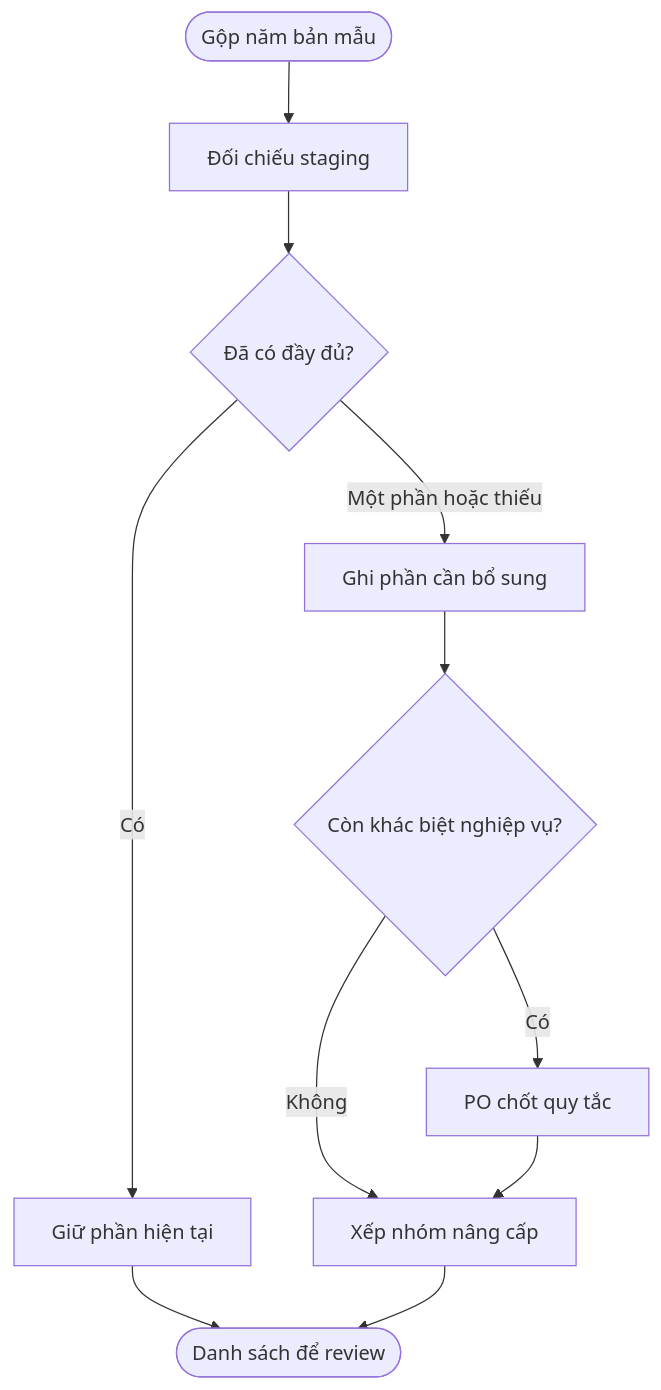
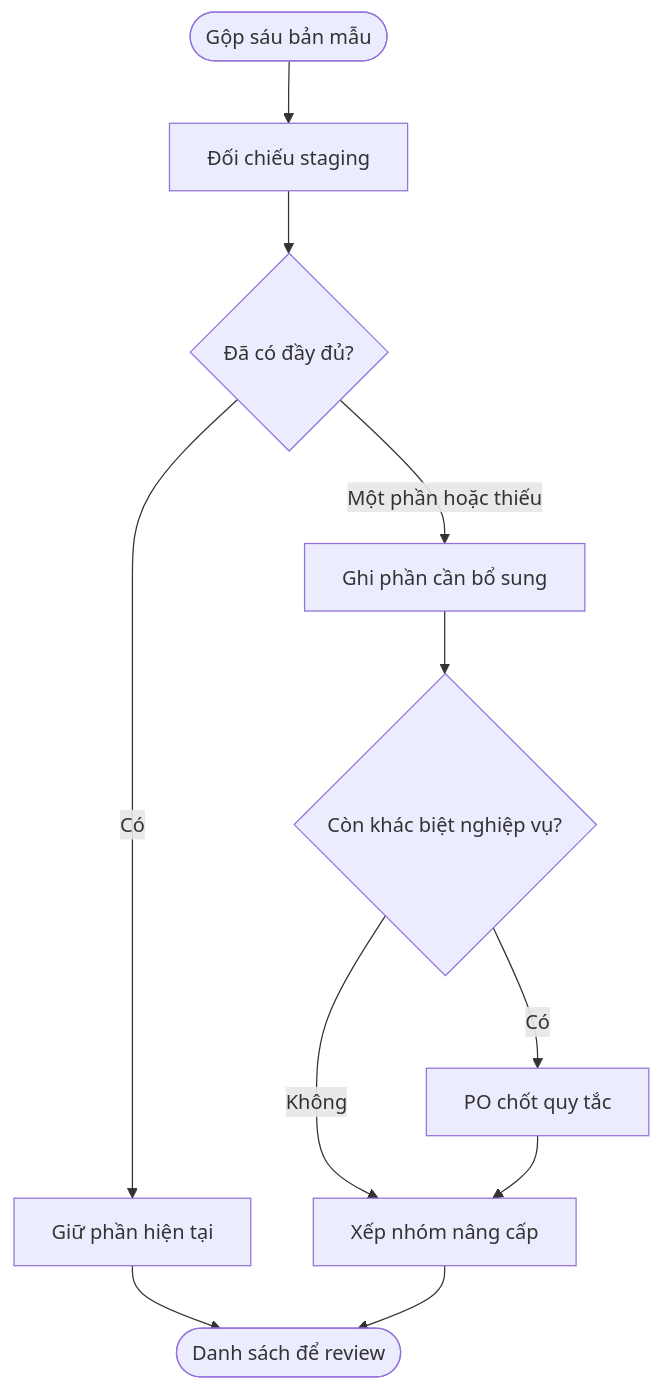
One commit to maivtn/taxiq changed the first of 2 diagrams in html/turnboard-review/turnboard-staging-gap/doi-chieu-staging.md. Above: the diagram before and after it, drawn with Mermaid. The commit also changed other lines of this file and 2 other files, not shown here.

````diff
--- a/html/turnboard-review/turnboard-staging-gap/doi-chieu-staging.md
+++ b/html/turnboard-review/turnboard-staging-gap/doi-chieu-staging.md
@@ -66,13 +66,13 @@
 ```mermaid
 flowchart TD
-    A([Gộp năm bản mẫu]) --> B[Đối chiếu staging]
+    A([Gộp sáu bản mẫu]) --> B[Đối chiếu staging]
     B --> C{Đã có đầy đủ?}
     C -- Có --> D[Giữ phần hiện tại]
     C -- Một phần hoặc thiếu --> E[Ghi phần cần bổ sung]
     E --> F{Còn khác biệt nghiệp vụ?}
     F -- Có --> G[PO chốt quy tắc]
     F -- Không --> H[Xếp nhóm nâng cấp]
     G --> H
     D --> I([Danh sách để review])
     H --> I
 ```
````
